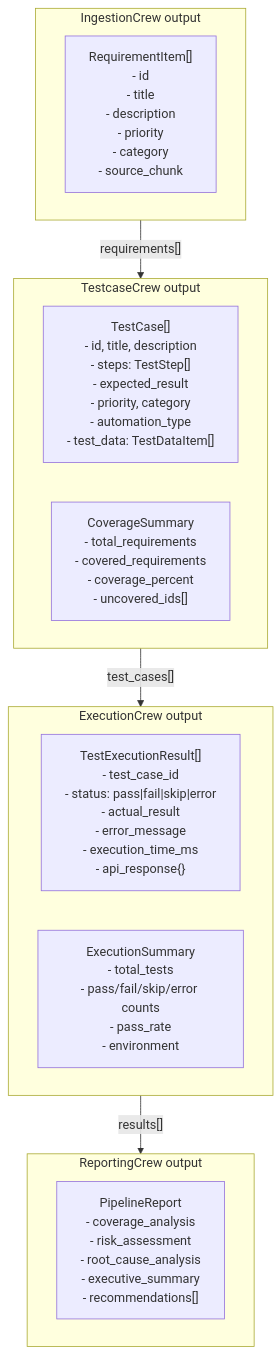
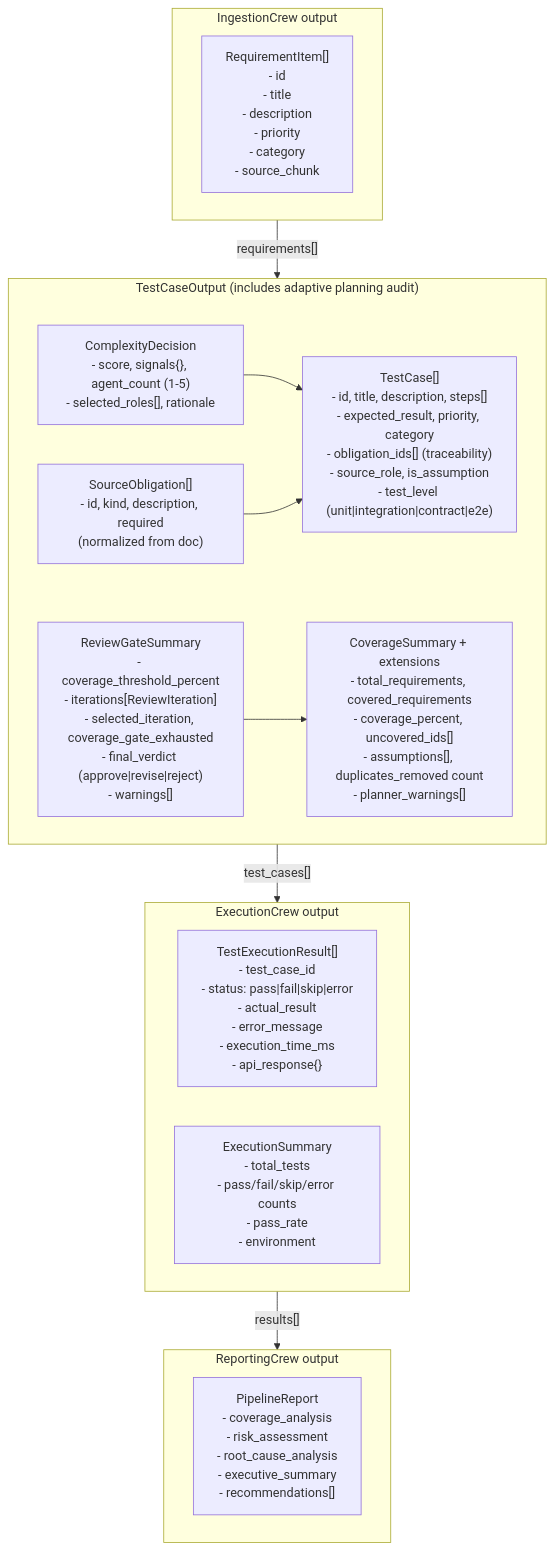
The third of 3 diagrams in docs/data-models.md (HenSanInDuty/agent-automation-testing), drawn with Mermaid before and after one commit. The commit also changed other lines of this file and 80 other files, not shown here.

Commit message:
feature: update api flow

````diff
--- a/docs/data-models.md
+++ b/docs/data-models.md
@@ -204,24 +204,30 @@
 ```mermaid
 graph TB
     subgraph IngestionOutput["IngestionCrew output"]
         I1["RequirementItem[]\n- id\n- title\n- description\n- priority\n- category\n- source_chunk"]
     end
 
-    subgraph TestcaseOutput["TestcaseCrew output"]
-        T1["TestCase[]\n- id, title, description\n- steps: TestStep[]\n- expected_result\n- priority, category\n- automation_type\n- test_data: TestDataItem[]"]
-        T2["CoverageSummary\n- total_requirements\n- covered_requirements\n- coverage_percent\n- uncovered_ids[]"]
+    subgraph TestcaseOutput["TestCaseOutput (includes adaptive planning audit)"]
+        T0["ComplexityDecision\n- score, signals{}, agent_count (1-5)\n- selected_roles[], rationale"]
+        T0A["SourceObligation[]\n- id, kind, description, required\n(normalized from doc)"]
+        T0B["ReviewGateSummary\n- coverage_threshold_percent\n- iterations[ReviewIteration]\n- selected_iteration, coverage_gate_exhausted\n- final_verdict (approve|revise|reject)\n- warnings[]"]
+        T1["TestCase[]\n- id, title, description, steps[]\n- expected_result, priority, category\n- obligation_ids[] (traceability)\n- source_role, is_assumption\n- test_level (unit|integration|contract|e2e)"]
+        T2["CoverageSummary + extensions\n- total_requirements, covered_requirements\n- coverage_percent, uncovered_ids[]\n- assumptions[], duplicates_removed count\n- planner_warnings[]"]
+        T0 --> T1
+        T0A --> T1
+        T0B --> T2
     end
 
     subgraph ExecutionOutput["ExecutionCrew output"]
         E1["TestExecutionResult[]\n- test_case_id\n- status: pass|fail|skip|error\n- actual_result\n- error_message\n- execution_time_ms\n- api_response{}"]
         E2["ExecutionSummary\n- total_tests\n- pass/fail/skip/error counts\n- pass_rate\n- environment"]
     end
 
     subgraph ReportOutput["ReportingCrew output"]
         R1["PipelineReport\n- coverage_analysis\n- risk_assessment\n- root_cause_analysis\n- executive_summary\n- recommendations[]"]
     end
 
     IngestionOutput -->|"requirements[]"| TestcaseOutput
     TestcaseOutput -->|"test_cases[]"| ExecutionOutput
     ExecutionOutput -->|"results[]"| ReportOutput
 ```
````
